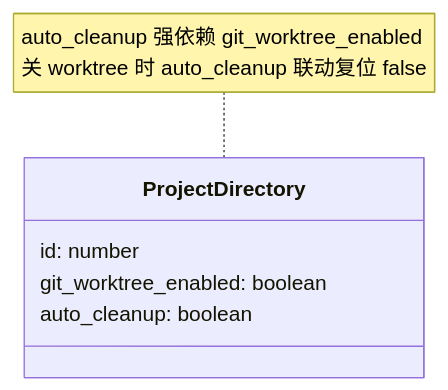
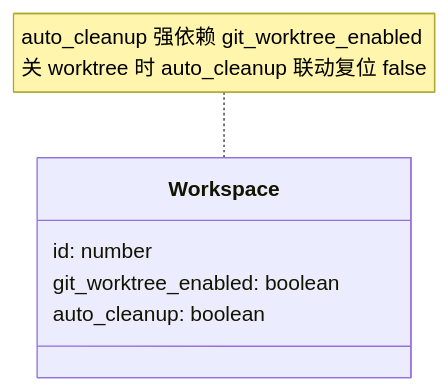
The third of 4 diagrams in frontend/src/help/pages/ws-toggle-worktree.md (weibaohui/ntd), drawn with Mermaid before and after one commit. The commit also changed other lines of this file and 122 other files, not shown here.

First line of the commit message:
refactor(104): 工作空间命名统一——project_directory 全套改为 workspace (#1054)

````diff
--- a/frontend/src/help/pages/ws-toggle-worktree.md
+++ b/frontend/src/help/pages/ws-toggle-worktree.md
@@ -36,9 +36,9 @@
 ```mermaid
 classDiagram
-  class ProjectDirectory {
+  class Workspace {
     id: number
     git_worktree_enabled: boolean
     auto_cleanup: boolean
   }
-  note for ProjectDirectory "auto_cleanup 强依赖 git_worktree_enabled<br>关 worktree 时 auto_cleanup 联动复位 false"
+  note for Workspace "auto_cleanup 强依赖 git_worktree_enabled<br>关 worktree 时 auto_cleanup 联动复位 false"
 ```
````
